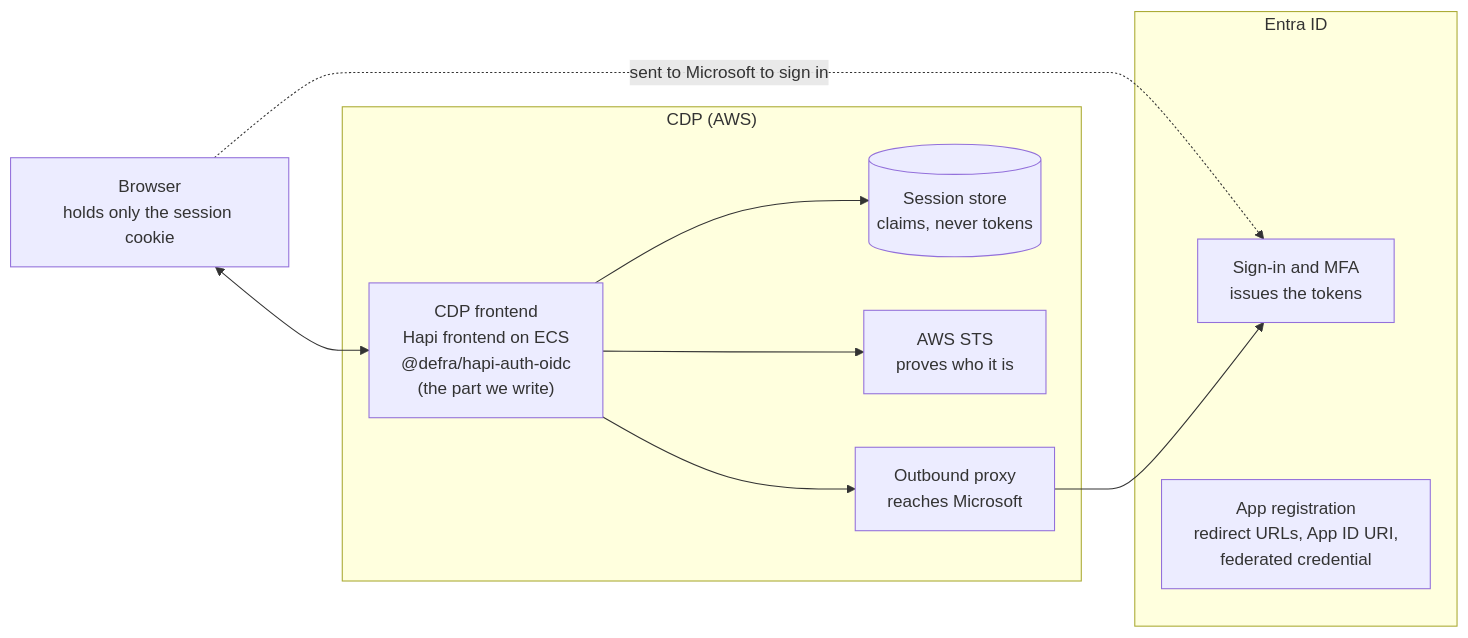
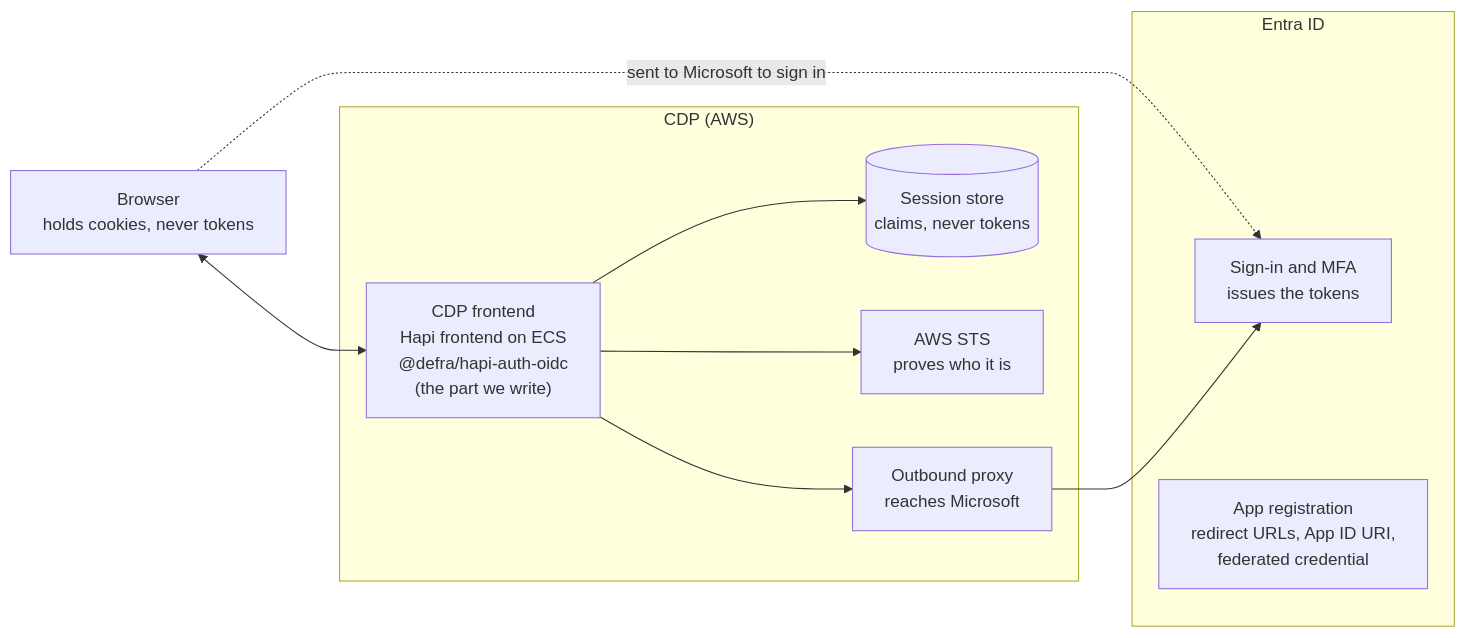
One commit to DEFRA/epr-regulator-login-poc-frontend changed the first of 2 diagrams in hld/Entra-ID-sign-in-CDP-high-level-design.md. Above: the diagram before and after it, drawn with Mermaid. The commit also changed other lines of this file, not shown here.

````diff
--- a/hld/Entra-ID-sign-in-CDP-high-level-design.md
+++ b/hld/Entra-ID-sign-in-CDP-high-level-design.md
@@ -47,19 +47,19 @@
 ```mermaid
 flowchart LR
-    B["Browser<br/>holds only the session cookie"] <--> FE
+    B["Browser<br/>holds cookies, never tokens"] <--> FE
     subgraph CDP["CDP (AWS)"]
         FE["CDP frontend<br/>Hapi frontend on ECS<br/>@defra/hapi-auth-oidc<br/>(the part we write)"]
         SS[("Session store<br/>claims, never tokens")]
         STS["AWS STS<br/>proves who it is"]
         P["Outbound proxy<br/>reaches Microsoft"]
         FE --> SS
         FE --> STS
         FE --> P
     end
     subgraph E["Entra ID"]
         SI["Sign-in and MFA<br/>issues the tokens"]
         AR["App registration<br/>redirect URLs, App ID URI,<br/>federated credential"]
     end
     B -. "sent to Microsoft to sign in" .-> SI
     P --> SI
 ```
````
